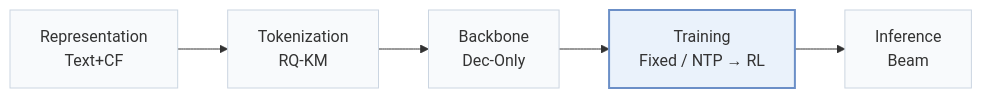
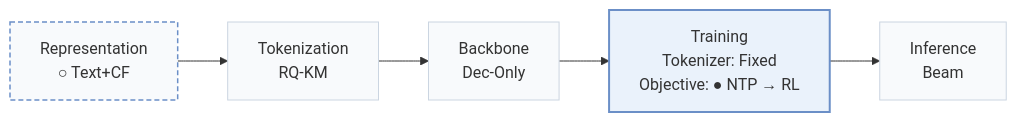
Before and after one commit to Galaxy-ghost/Awesome-SID-Generative-Rec: the first of 4 diagrams in pages/papers/gream.md, drawn with Mermaid. The commit also changed other lines of this file and 558 other files, not shown here.

````diff
--- a/pages/papers/gream.md
+++ b/pages/papers/gream.md
@@ -15,8 +18,10 @@
 ```mermaid
 flowchart LR
-    R["Representation<br/>Text+CF"] --> T["Tokenization<br/>RQ-KM"] --> B["Backbone<br/>Dec-Only"] --> TR["Training<br/>Fixed / NTP → RL"] --> I["Inference<br/>Beam"]
+    R["Representation<br/>○ Text+CF"] --> T["Tokenization<br/>RQ-KM"] --> B["Backbone<br/>Dec-Only"] --> TR["Training<br/>Tokenizer: Fixed<br/>Objective: ● NTP → RL"] --> I["Inference<br/>Beam"]
     classDef base fill:#f8fafc,stroke:#cbd5e1
     class R,T,B,TR,I base
+    classDef other fill:#f8fafc,stroke:#6b8fc7,stroke-width:1.5px,stroke-dasharray:5 3
+    class R other
     classDef main fill:#eaf2fb,stroke:#6b8fc7,stroke-width:2px
     class TR main
 ```
````
